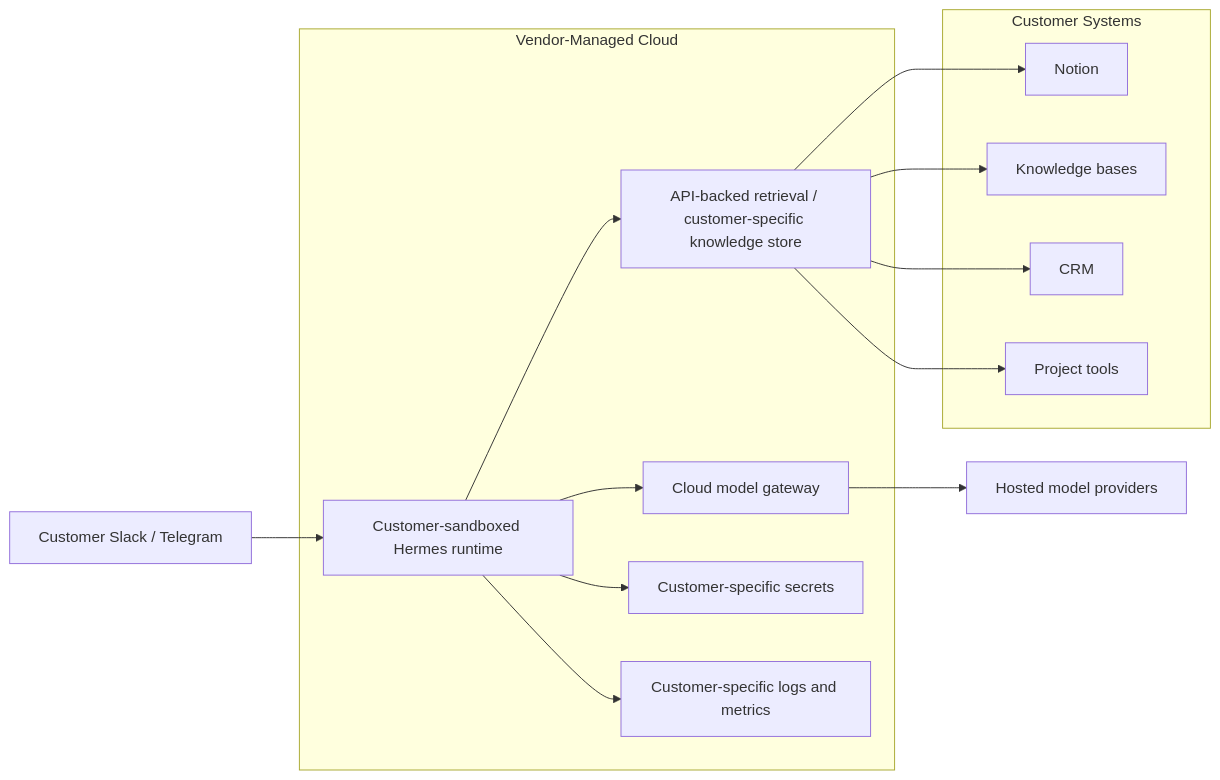
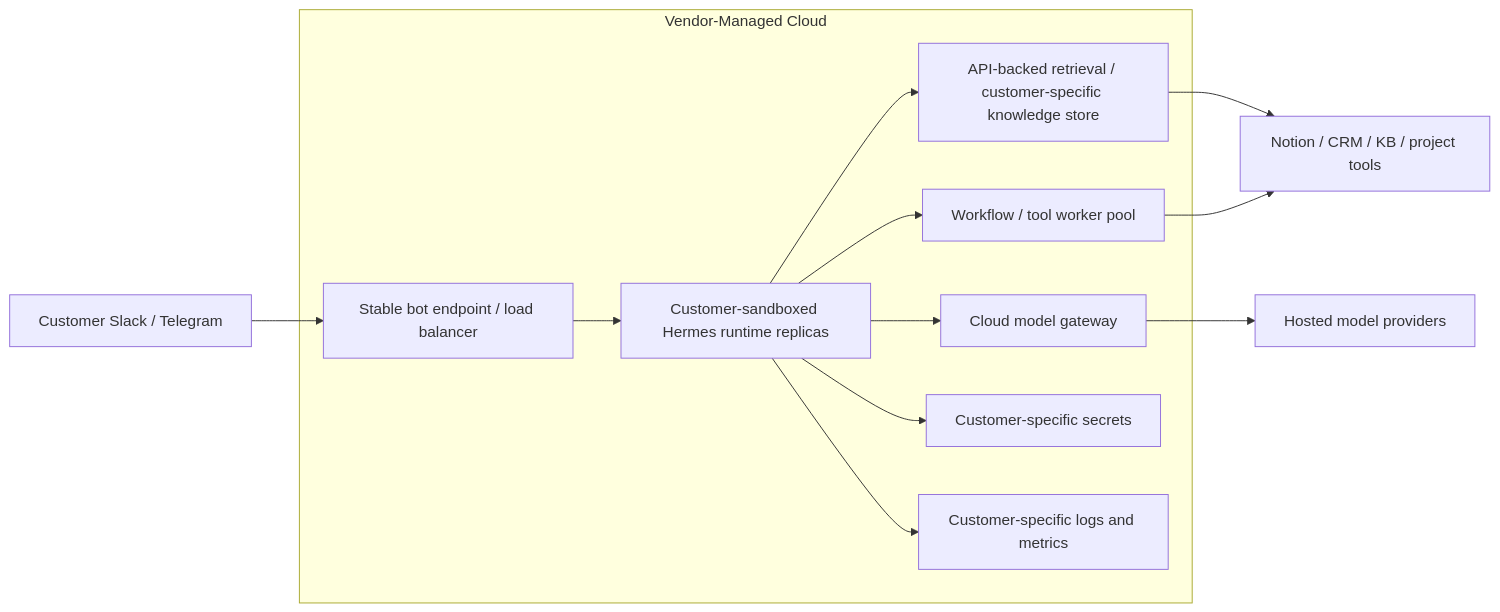
One commit to atlamors/agent-docs changed the diagram in app/deployment-strategies/managed-cloud-runtime/page.mdx. Above: the diagram before and after it, drawn with Mermaid. The commit also changed 4 other files, not shown here.

Commit message:
Clarify runtime scaling in deployment diagrams

````diff
--- a/app/deployment-strategies/managed-cloud-runtime/page.mdx
+++ b/app/deployment-strategies/managed-cloud-runtime/page.mdx
@@ -56,24 +58,17 @@
 ```mermaid
 flowchart LR
-  channels["Customer Slack / Telegram"] --> runtime["Customer-sandboxed Hermes runtime"]
+  channels["Customer Slack / Telegram"] --> ingress["Stable bot endpoint / load balancer"]
 
   subgraph cloud["Vendor-Managed Cloud"]
-    runtime --> retrieval["API-backed retrieval / customer-specific knowledge store"]
-    runtime --> gateway["Cloud model gateway"]
-    runtime --> secrets["Customer-specific secrets"]
-    runtime --> obs["Customer-specific logs and metrics"]
+    ingress --> runtimePool["Customer-sandboxed Hermes runtime replicas"]
+    runtimePool --> workerPool["Workflow / tool worker pool"]
+    runtimePool --> retrieval["API-backed retrieval / customer-specific knowledge store"]
+    runtimePool --> gateway["Cloud model gateway"]
+    runtimePool --> secrets["Customer-specific secrets"]
+    runtimePool --> obs["Customer-specific logs and metrics"]
   end
 
-  subgraph customer["Customer Systems"]
-    notion["Notion"]
-    kb["Knowledge bases"]
-    crm["CRM"]
-    tools["Project tools"]
-  end
-
-  retrieval --> notion
-  retrieval --> kb
-  retrieval --> crm
-  retrieval --> tools
+  retrieval --> systems["Notion / CRM / KB / project tools"]
+  workerPool --> systems
   gateway --> models["Hosted model providers"]
 ```
````
